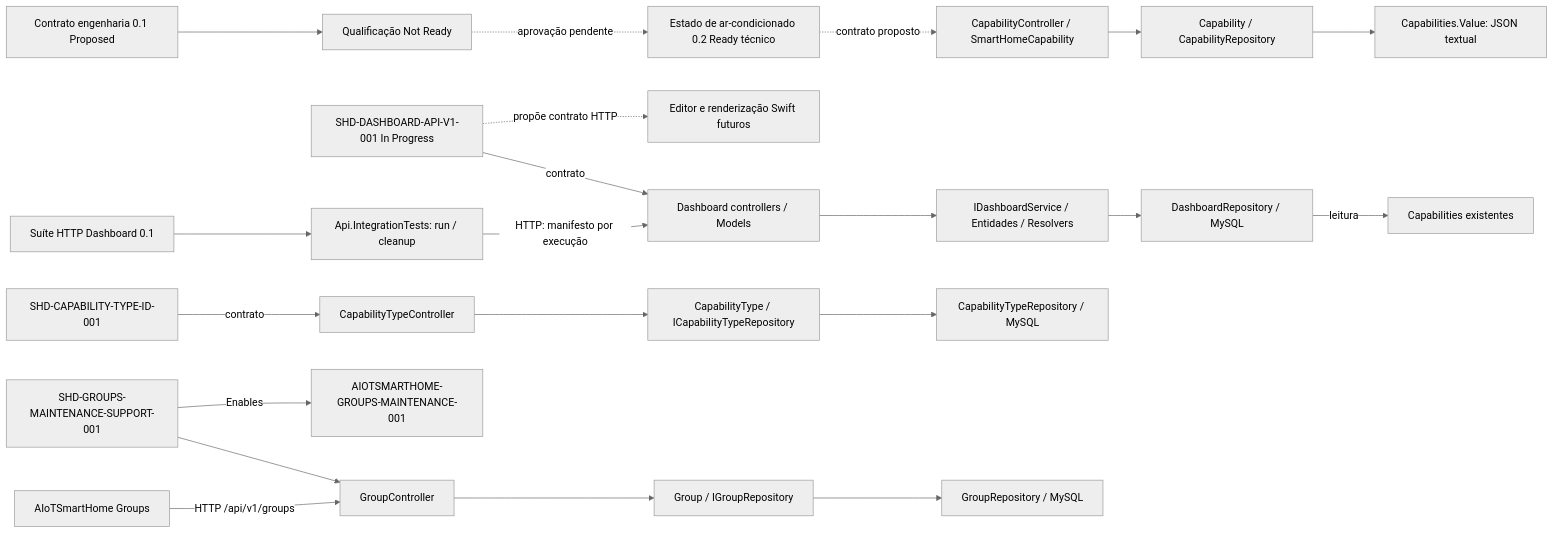
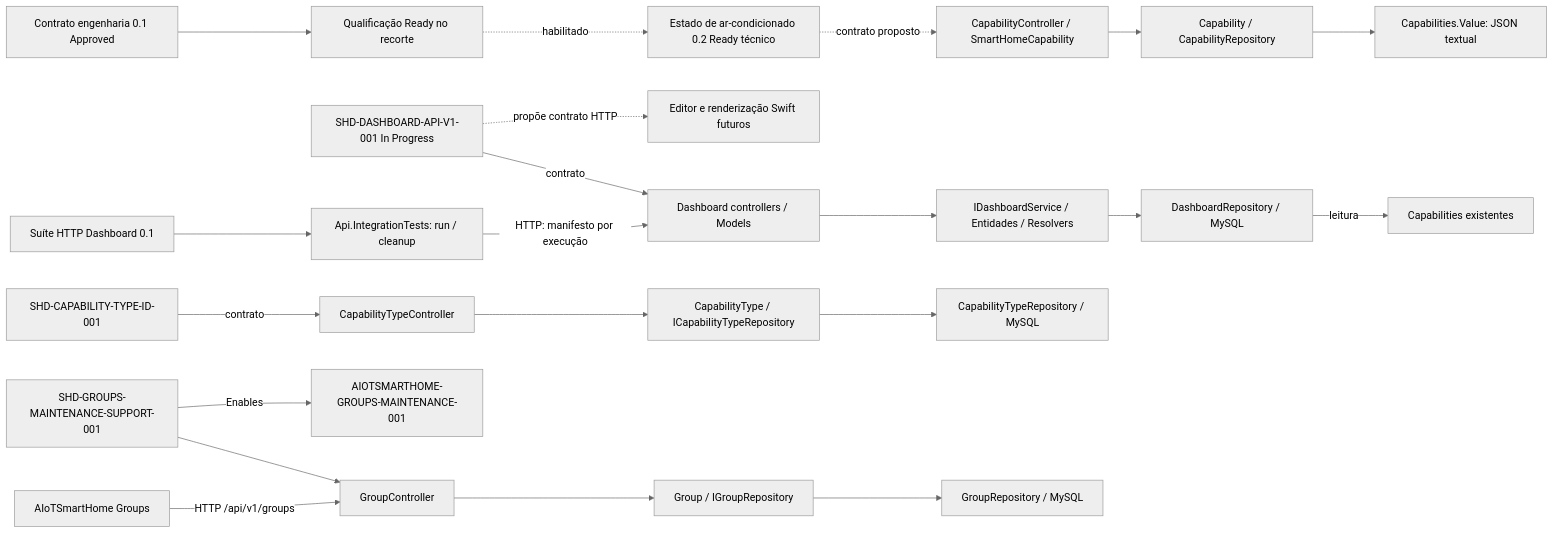
The diagram in docs/rfc/KNOWLEDGE-MAP.md (iotsmartsys/SmartHome-DeviceApi), drawn with Mermaid (neutral theme) before and after one commit. The commit also changed other lines of this file and 6 other files, not shown here.

Commit message:
docs: record approved engineering contract and scoped EKOM readiness

````diff
--- a/docs/rfc/KNOWLEDGE-MAP.md
+++ b/docs/rfc/KNOWLEDGE-MAP.md
@@ -76,23 +76,23 @@
 ```mermaid
 flowchart LR
-    ENGINEERING[Contrato engenharia 0.1 Proposed] --> READINESS[Qualificação Not Ready]
-    READINESS -.->|aprovação pendente| ACSPEC
+    ENGINEERING[Contrato engenharia 0.1 Approved] --> READINESS[Qualificação Ready no recorte]
+    READINESS -.->|habilitado| ACSPEC
     ACSPEC[Estado de ar-condicionado 0.2 Ready técnico] -.->|contrato proposto| ACAPI[CapabilityController / SmartHomeCapability]
     ACAPI --> ACCORE[Capability / CapabilityRepository]
     ACCORE --> ACDB[Capabilities.Value: JSON textual]
     DASHSPEC[SHD-DASHBOARD-API-V1-001 In Progress] -->|contrato| DASHAPI[Dashboard controllers / Models]
     DASHTESTSPEC[Suíte HTTP Dashboard 0.1] --> DASHTEST[Api.IntegrationTests: run / cleanup]
     DASHTEST -->|HTTP: manifesto por execução| DASHAPI
     DASHAPI --> DASHCORE[IDashboardService / Entidades / Resolvers]
     DASHCORE --> DASHDB[DashboardRepository / MySQL]
     DASHDB -->|leitura| DASHCAP[Capabilities existentes]
     DASHSPEC -.->|propõe contrato HTTP| DASHAPP[Editor e renderização Swift futuros]
     CTSPEC[SHD-CAPABILITY-TYPE-ID-001] -->|contrato| CTAPI[CapabilityTypeController]
     CTAPI --> CTCORE[CapabilityType / ICapabilityTypeRepository]
     CTCORE --> CTDB[CapabilityTypeRepository / MySQL]
     APP[AIoTSmartHome Groups] -->|HTTP /api/v1/groups| API[GroupController]
     SPEC[SHD-GROUPS-MAINTENANCE-SUPPORT-001] --> API
     API --> CORE[Group / IGroupRepository]
     CORE --> DB[GroupRepository / MySQL]
     SPEC -->|Enables| APPSPEC[AIOTSMARTHOME-GROUPS-MAINTENANCE-001]
 ```
````
